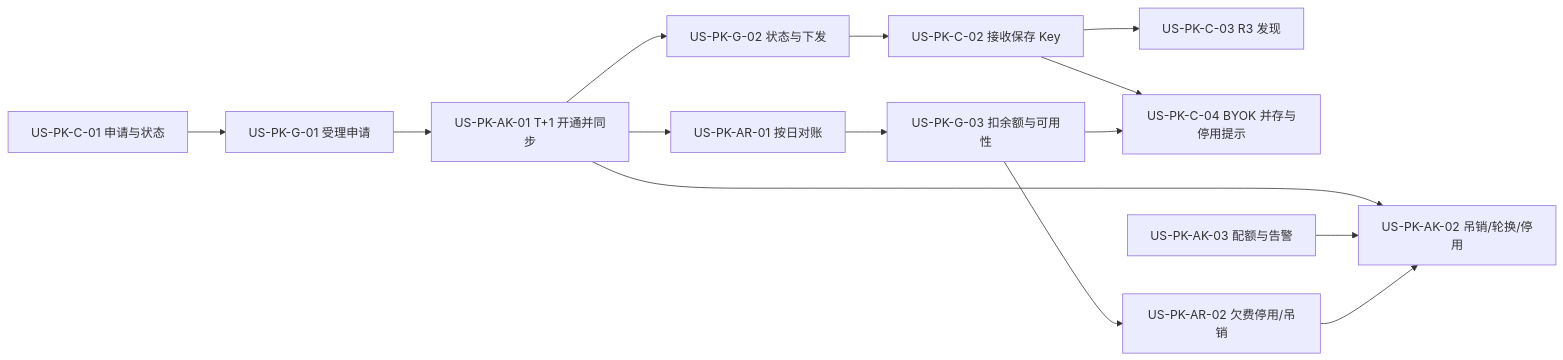
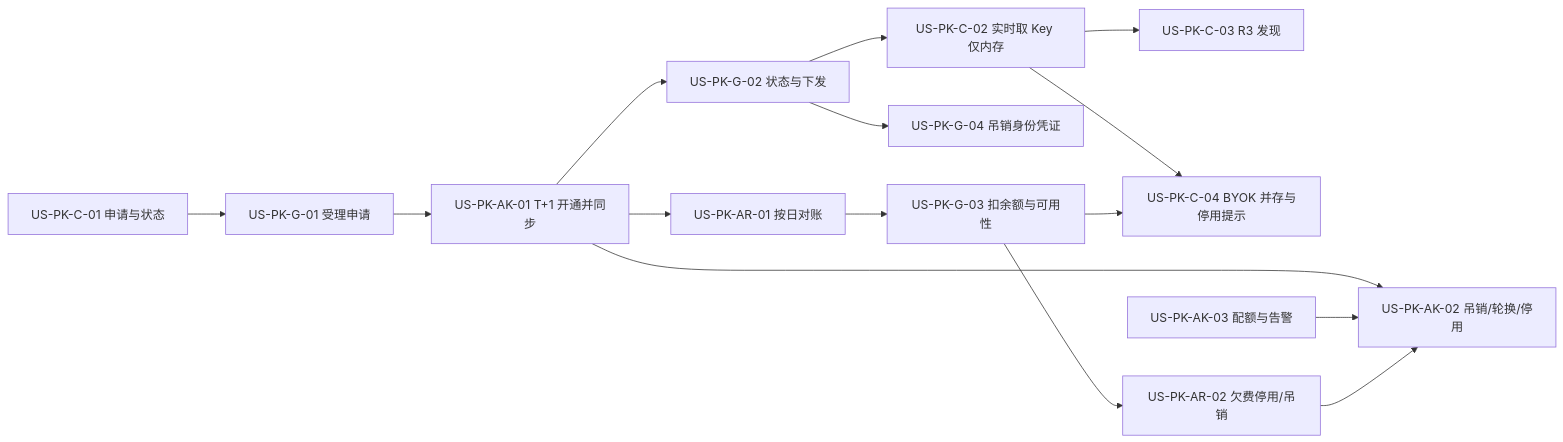
The second of 2 diagrams in docs/30-需求-Places官方通道按用户下发APIKey.md (Pedro-MAFS/ftcs), drawn with Mermaid before and after one commit. The commit also changed other lines of this file, not shown here.

First line of the commit message:
docs(US-PK): Key 不落盘改实时获取，支持轮换与身份凭证吊销

````diff
--- a/docs/30-需求-Places官方通道按用户下发APIKey.md
+++ b/docs/30-需求-Places官方通道按用户下发APIKey.md
@@ -360,16 +385,17 @@
 ```mermaid
 flowchart LR
   G01[US-PK-G-01 受理申请] --> AK01[US-PK-AK-01 T+1 开通并同步]
   C01[US-PK-C-01 申请与状态] --> G01
   AK01 --> G02[US-PK-G-02 状态与下发]
-  G02 --> C02[US-PK-C-02 接收保存 Key]
+  G02 --> C02[US-PK-C-02 实时取 Key 仅内存]
+  G02 --> G04[US-PK-G-04 吊销身份凭证]
   C02 --> C03[US-PK-C-03 R3 发现]
   C02 --> C04[US-PK-C-04 BYOK 并存与停用提示]
   AK01 --> AK02[US-PK-AK-02 吊销/轮换/停用]
   AK03[US-PK-AK-03 配额与告警] --> AK02
   AK01 --> AR01[US-PK-AR-01 按日对账]
   AR01 --> G03[US-PK-G-03 扣余额与可用性]
   G03 --> AR02[US-PK-AR-02 欠费停用/吊销]
   AR02 --> AK02
   G03 --> C04
 ```
````
